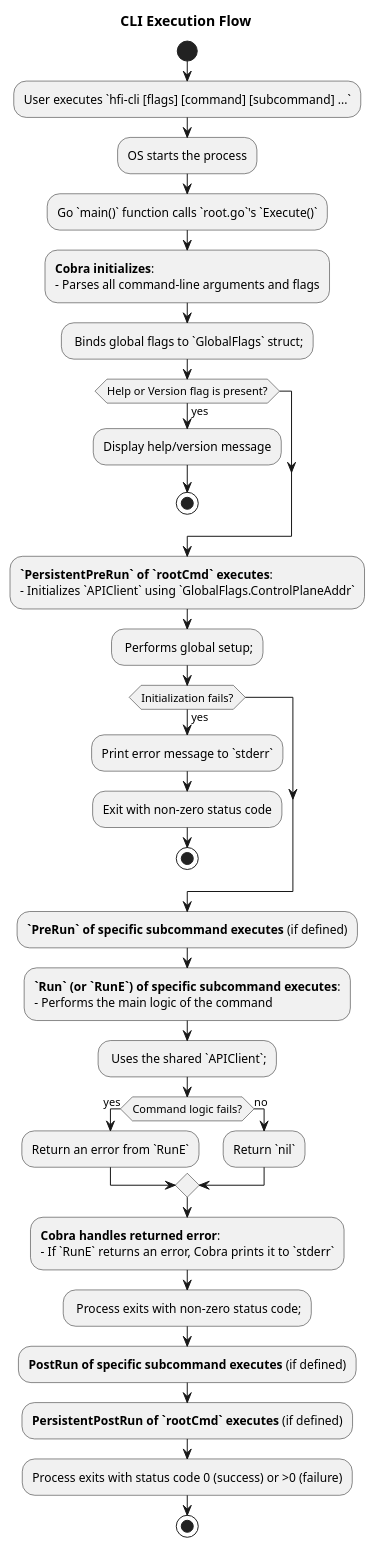
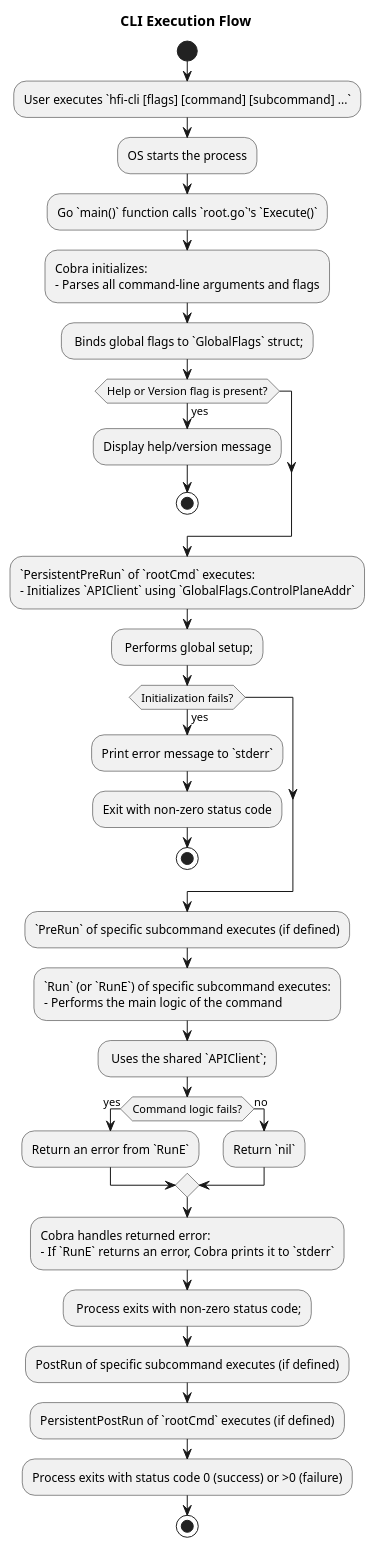
One commit to kalahetun/Minesweeper changed the third of 8 diagrams in executor/docs/design_doc/Design_3_CLI.md. Above: the diagram before and after it, drawn with PlantUML. The commit also changed other lines of this file and 27 other files, not shown here.

````diff
--- a/executor/docs/design_doc/Design_3_CLI.md
+++ b/executor/docs/design_doc/Design_3_CLI.md
@@ -150,55 +150,55 @@
 ```plantuml
 @startuml
 title CLI Execution Flow
 
 start
 
 :User executes `hfi-cli [flags] [command] [subcommand] ...`;
 
 :OS starts the process;
 
 :Go `main()` function calls `root.go`'s `Execute()`;
 
-:**Cobra initializes**:
+:Cobra initializes:
 - Parses all command-line arguments and flags;
 - Binds global flags to `GlobalFlags` struct;
 
 if (Help or Version flag is present?) then (yes)
   :Display help/version message;
   stop
 endif
 
-:**`PersistentPreRun` of `rootCmd` executes**:
+:`PersistentPreRun` of `rootCmd` executes:
 - Initializes `APIClient` using `GlobalFlags.ControlPlaneAddr`;
 - Performs global setup;
 
 if (Initialization fails?) then (yes)
   :Print error message to `stderr`;
   :Exit with non-zero status code;
   stop
 endif
 
-:**`PreRun` of specific subcommand executes** (if defined);
+:`PreRun` of specific subcommand executes (if defined);
 
-:**`Run` (or `RunE`) of specific subcommand executes**:
+:`Run` (or `RunE`) of specific subcommand executes:
 - Performs the main logic of the command;
 - Uses the shared `APIClient`;
 
 if (Command logic fails?) then (yes)
   :Return an error from `RunE`;
 else (no)
   :Return `nil`;
 endif
 
-:**Cobra handles returned error**:
+:Cobra handles returned error:
 - If `RunE` returns an error, Cobra prints it to `stderr`;
 - Process exits with non-zero status code;
 
-:**PostRun of specific subcommand executes** (if defined);
-:**PersistentPostRun of `rootCmd` executes** (if defined);
+:PostRun of specific subcommand executes (if defined);
+:PersistentPostRun of `rootCmd` executes (if defined);
 
 :Process exits with status code 0 (success) or >0 (failure);
 
 stop
 @enduml
 ```
````
